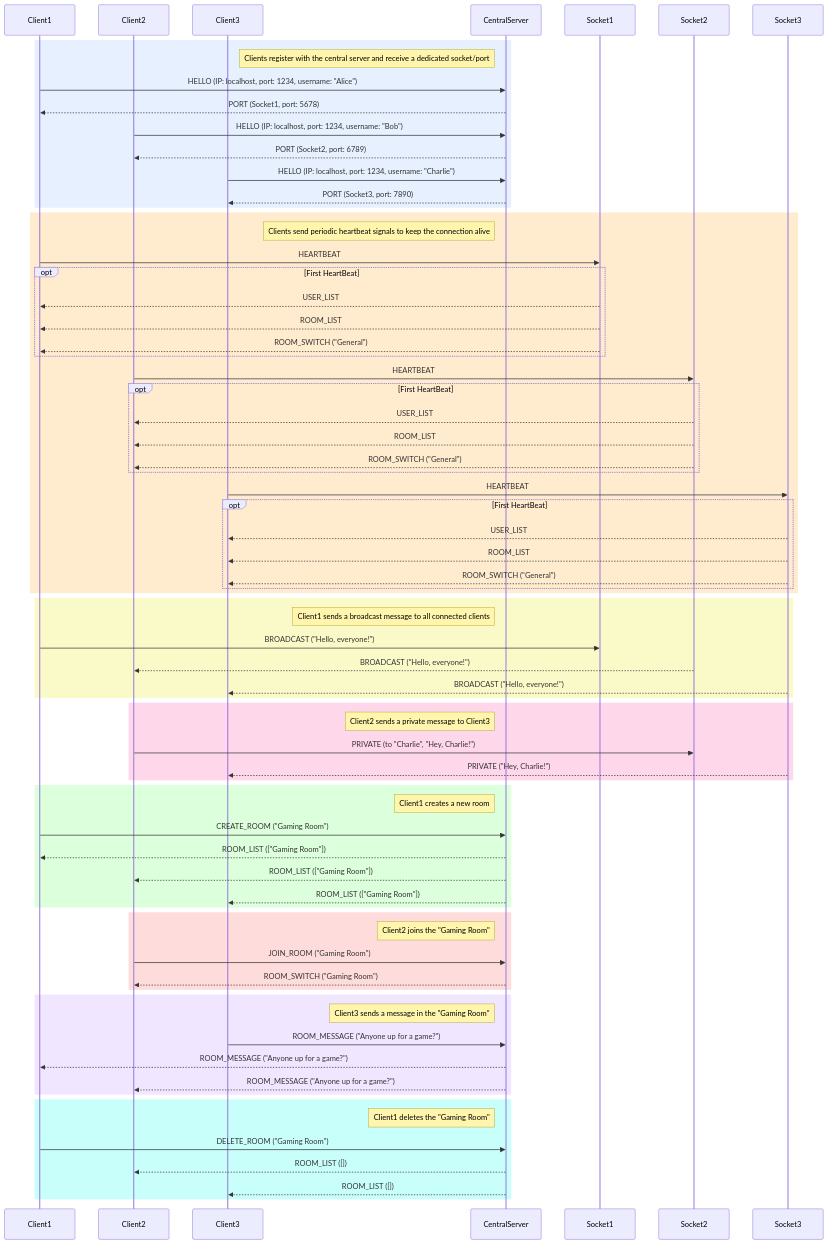
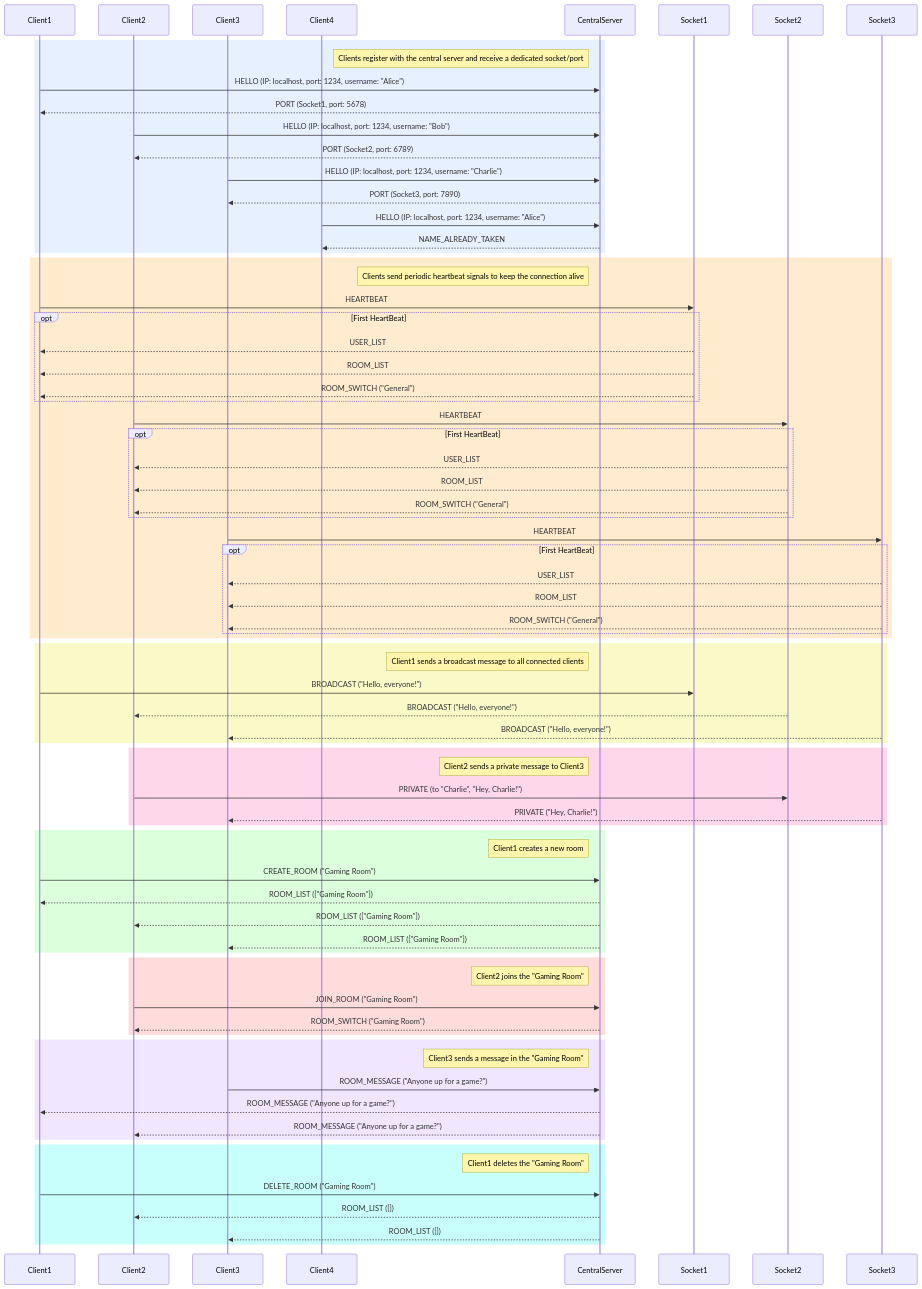
The second of 2 diagrams in readme.md (FlashOnFire/tpudp), drawn with Mermaid before and after one commit. The commit also changed other lines of this file, not shown here.

Commit message:
Update readme with usage instructions and sequence diagram changes

```diff
--- a/readme.md
+++ b/readme.md
@@ -137,6 +138,7 @@
   participant Client1 as Client1
   participant Client2 as Client2
   participant Client3 as Client3
+  participant Client4 as Client4
   participant CentralServer as CentralServer
   participant Socket1 as Socket1
   participant Socket2 as Socket2
@@ -152,6 +154,9 @@
 
     Client3 ->> CentralServer: HELLO (IP: localhost, port: 1234, username: "Charlie")
     CentralServer -->> Client3: PORT (Socket3, port: 7890)
+
+    Client4 ->> CentralServer: HELLO (IP: localhost, port: 1234, username: "Alice")
+    CentralServer -->> Client4: NAME_ALREADY_TAKEN
   end
 
   rect rgb(255,235,205)
```
